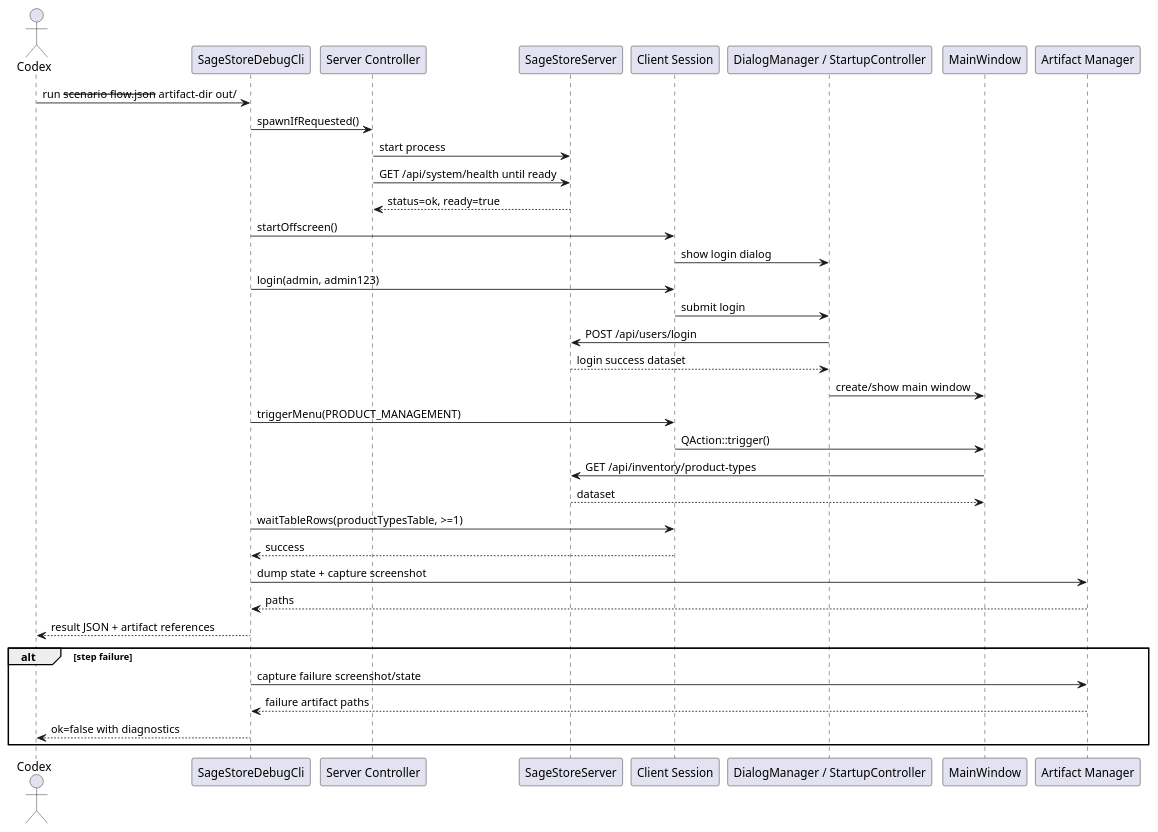
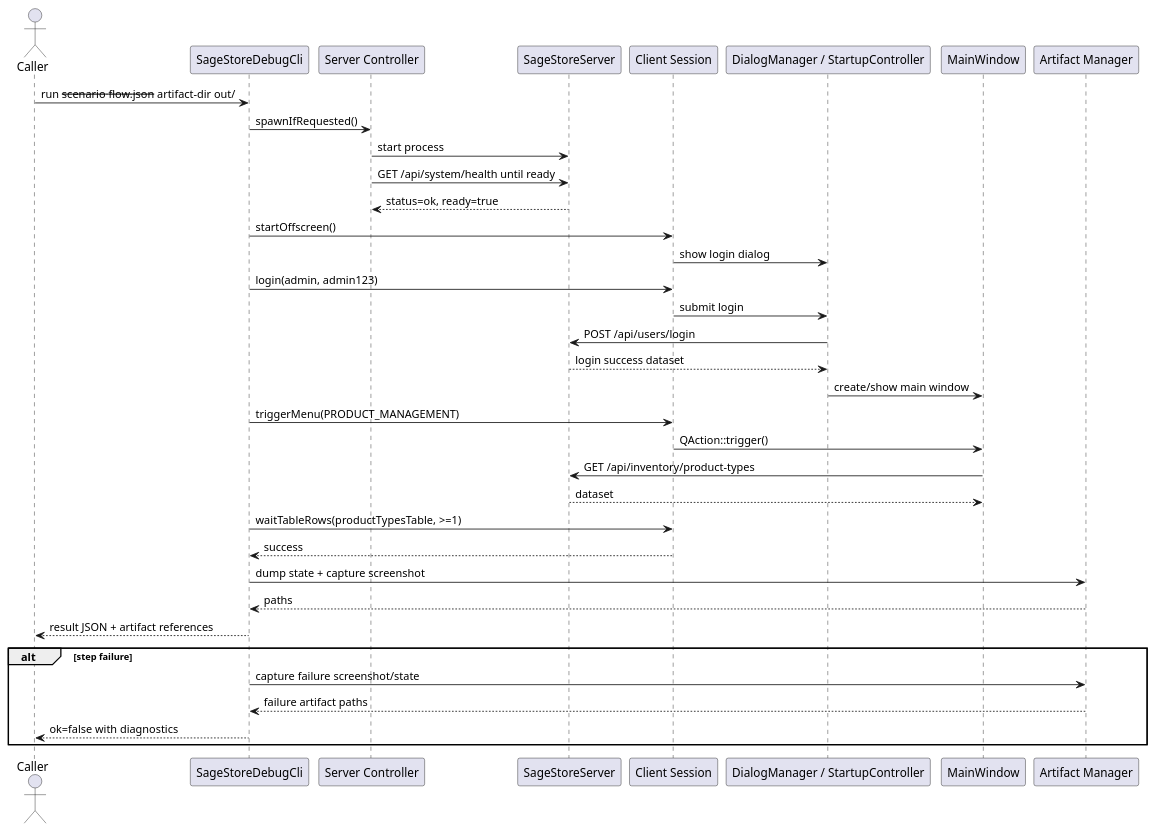
One commit to Sage-Cat/SageStore changed the diagram in docs/tools/plantuml/Debug_CLI_Run_Flow.puml. Above: the diagram before and after it, drawn with PlantUML. The commit also changed 3 other files, not shown here.

```diff
--- a/docs/tools/plantuml/Debug_CLI_Run_Flow.puml
+++ b/docs/tools/plantuml/Debug_CLI_Run_Flow.puml
@@ -1,45 +1,45 @@
 @startuml
 
-actor Codex
+actor Caller
 participant "SageStoreDebugCli" as CLI
 participant "Server Controller" as ServerCtl
 participant "SageStoreServer" as Server
 participant "Client Session" as Client
 participant "DialogManager / StartupController" as Startup
 participant "MainWindow" as MainWindow
 participant "Artifact Manager" as Artifacts
 
-Codex -> CLI : run --scenario flow.json --artifact-dir out/
+Caller -> CLI : run --scenario flow.json --artifact-dir out/
 CLI -> ServerCtl : spawnIfRequested()
 ServerCtl -> Server : start process
 ServerCtl -> Server : GET /api/system/health until ready
 Server --> ServerCtl : status=ok, ready=true
 
 CLI -> Client : startOffscreen()
 Client -> Startup : show login dialog
 CLI -> Client : login(admin, admin123)
 Client -> Startup : submit login
 Startup -> Server : POST /api/users/login
 Server --> Startup : login success dataset
 Startup -> MainWindow : create/show main window
 
 CLI -> Client : triggerMenu(PRODUCT_MANAGEMENT)
 Client -> MainWindow : QAction::trigger()
 MainWindow -> Server : GET /api/inventory/product-types
 Server --> MainWindow : dataset
 
 CLI -> Client : waitTableRows(productTypesTable, >=1)
 Client --> CLI : success
 
 CLI -> Artifacts : dump state + capture screenshot
 Artifacts --> CLI : paths
 
-CLI --> Codex : result JSON + artifact references
+CLI --> Caller : result JSON + artifact references
 
 alt step failure
   CLI -> Artifacts : capture failure screenshot/state
   Artifacts --> CLI : failure artifact paths
-  CLI --> Codex : ok=false with diagnostics
+  CLI --> Caller : ok=false with diagnostics
 end
 
 @enduml
```
